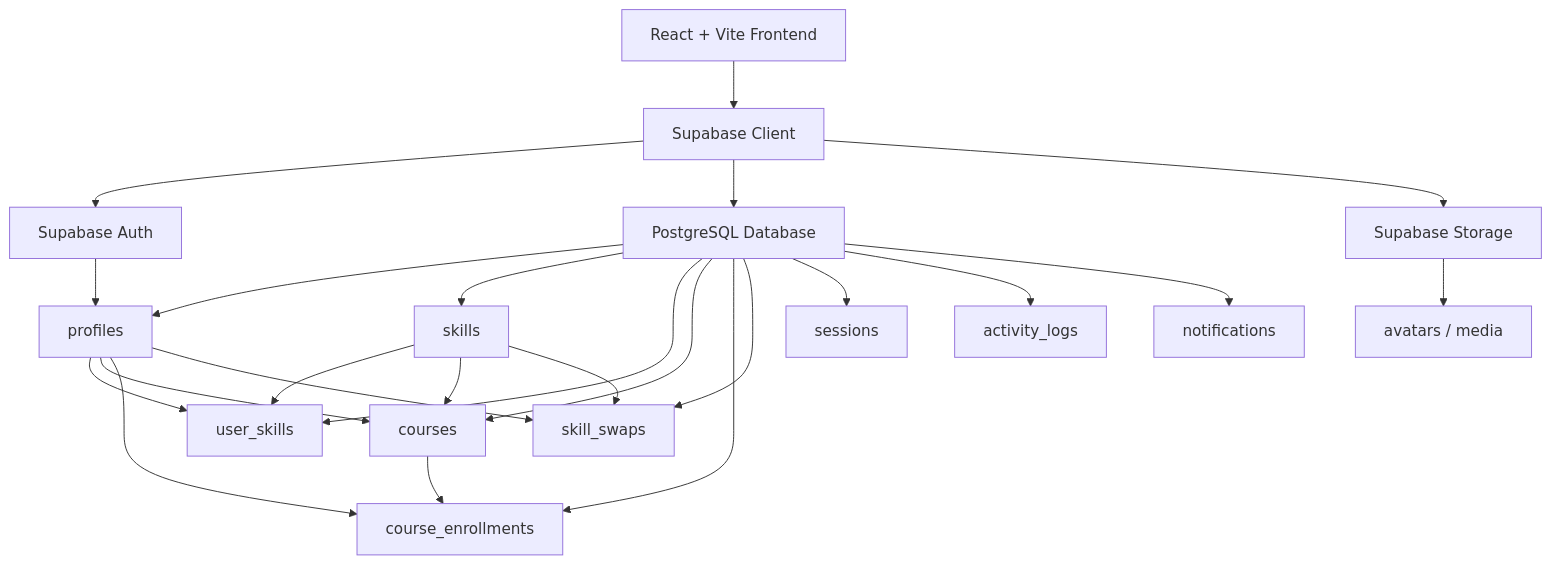
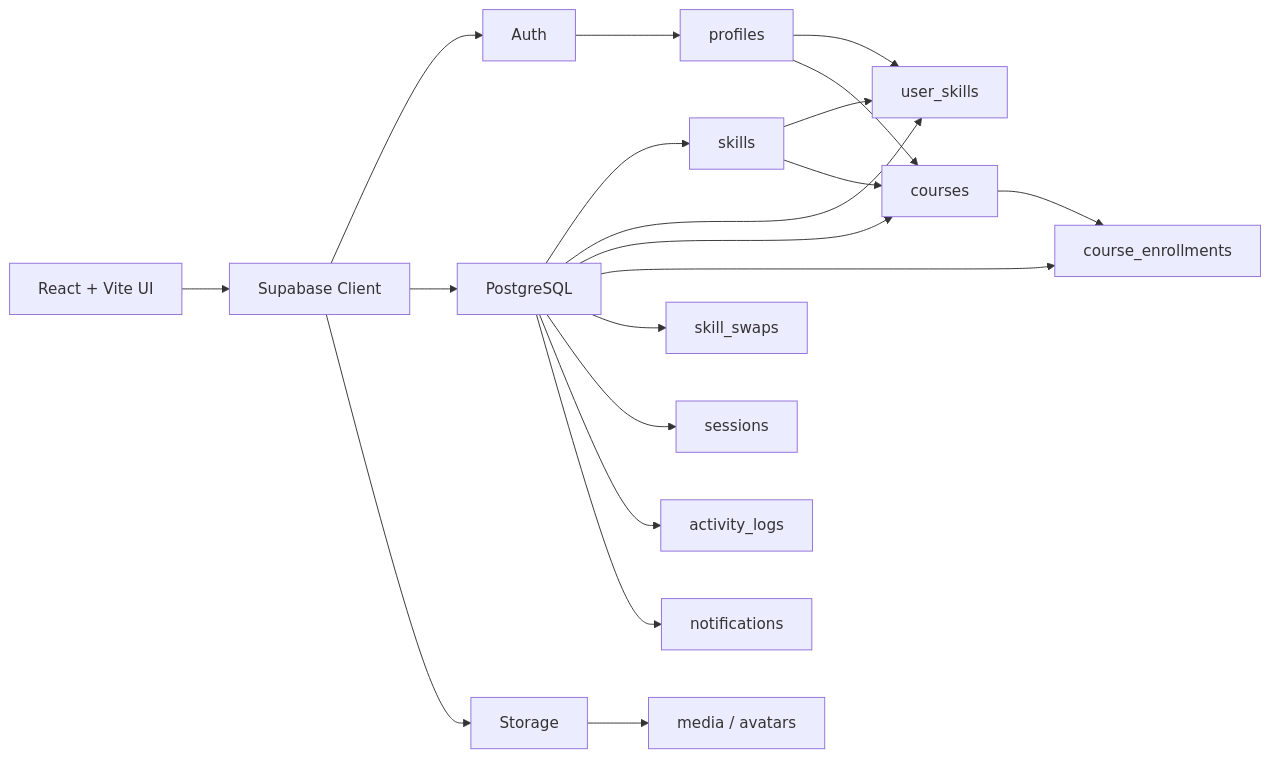
The diagram in README.md (Tanvir-Azad-Mahir/SkillSwap), drawn with Mermaid before and after one commit. The commit also changed other lines of this file, not shown here.

````diff
--- a/README.md
+++ b/README.md
@@ -166,30 +206,27 @@
 ```mermaid
-flowchart TD
-    A[React + Vite Frontend] --> B[Supabase Client]
-    B --> C[Supabase Auth]
-    B --> D[PostgreSQL Database]
-    B --> E[Supabase Storage]
+flowchart LR
+    UI["React + Vite UI"] --> SB["Supabase Client"]
 
-    C --> F[profiles]
+    SB --> AUTH["Auth"]
+    SB --> DB["PostgreSQL"]
+    SB --> STORAGE["Storage"]
 
-    D --> F
-    D --> G[skills]
-    D --> H[user_skills]
-    D --> I[courses]
-    D --> J[course_enrollments]
-    D --> K[skill_swaps]
-    D --> L[sessions]
-    D --> M[activity_logs]
-    D --> N[notifications]
+    AUTH --> P["profiles"]
 
-    E --> O[avatars / media]
+    DB --> SK["skills"]
+    DB --> US["user_skills"]
+    DB --> C["courses"]
+    DB --> CE["course_enrollments"]
+    DB --> SW["skill_swaps"]
+    DB --> SE["sessions"]
+    DB --> AL["activity_logs"]
+    DB --> N["notifications"]
 
-    F --> H
-    G --> H
-    F --> I
-    G --> I
-    I --> J
-    F --> J
-    F --> K
-    G --> K
+    STORAGE --> M["media / avatars"]
+
+    P --> US
+    SK --> US
+    P --> C
+    SK --> C
+    C --> CE
 ```
````
